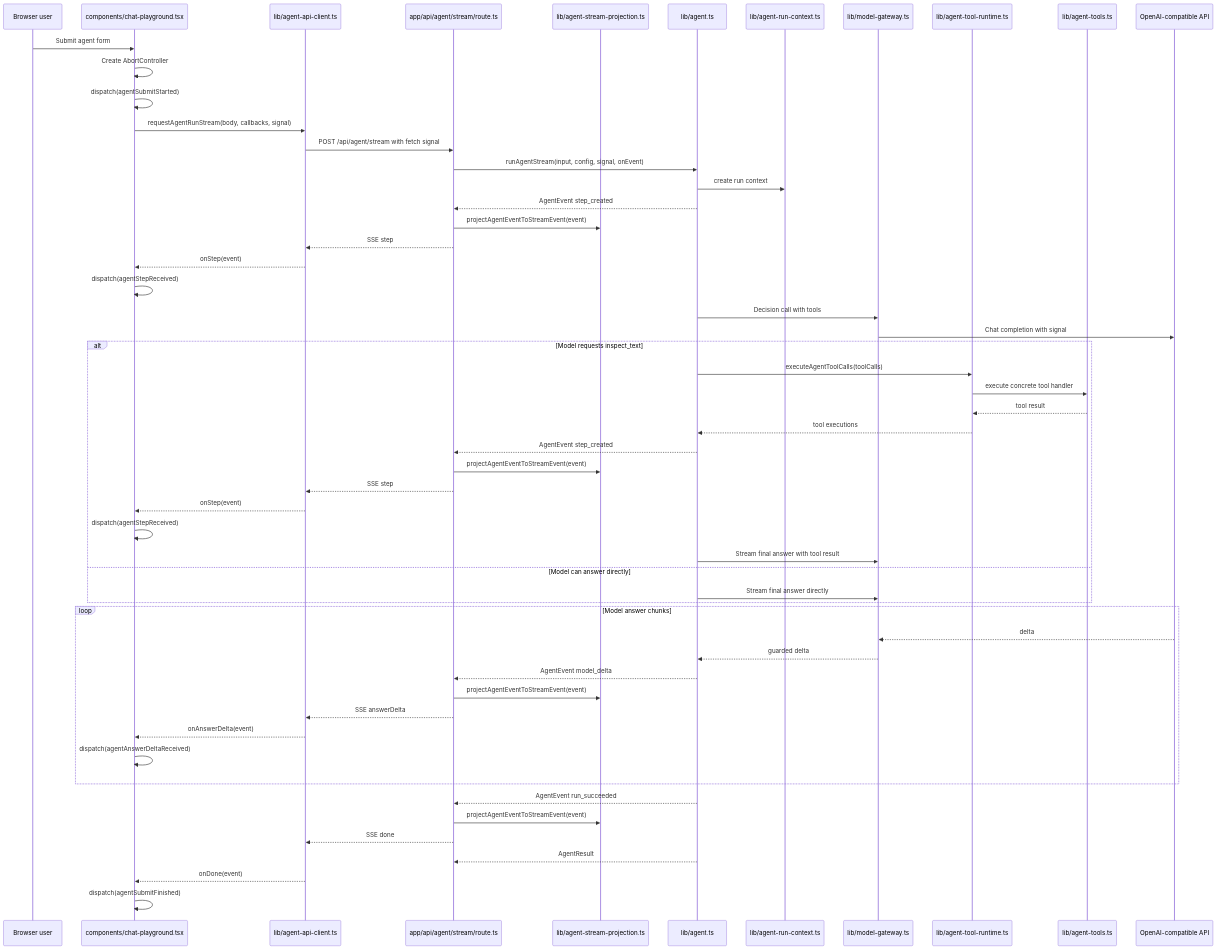
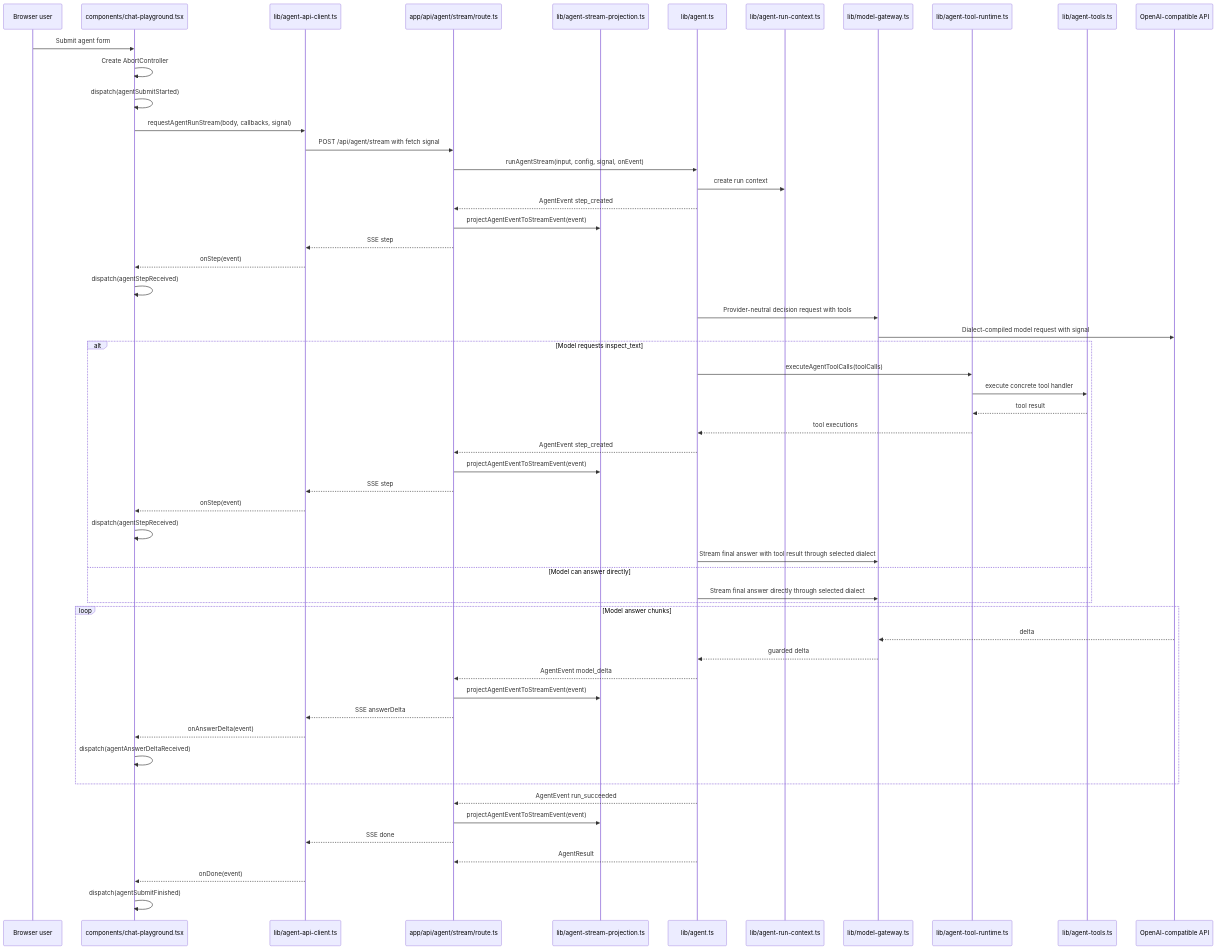
The third of 3 diagrams in docs/architecture.md (Liang-HZ/inspectable-agent-harness), drawn with Mermaid before and after one commit. The commit also changed other lines of this file and 17 other files, not shown here.

Commit message:
Add provider dialect architecture

````diff
--- a/docs/architecture.md
+++ b/docs/architecture.md
@@ -329,58 +455,58 @@
 ```mermaid
 sequenceDiagram
   participant User as Browser user
   participant UI as components/chat-playground.tsx
   participant Client as lib/agent-api-client.ts
   participant Route as app/api/agent/stream/route.ts
   participant Projection as lib/agent-stream-projection.ts
   participant Agent as lib/agent.ts
   participant Context as lib/agent-run-context.ts
   participant Gateway as lib/model-gateway.ts
   participant ToolRuntime as lib/agent-tool-runtime.ts
   participant Tools as lib/agent-tools.ts
   participant Model as OpenAI-compatible API
 
   User->>UI: Submit agent form
   UI->>UI: Create AbortController
   UI->>UI: dispatch(agentSubmitStarted)
   UI->>Client: requestAgentRunStream(body, callbacks, signal)
   Client->>Route: POST /api/agent/stream with fetch signal
   Route->>Agent: runAgentStream(input, config, signal, onEvent)
   Agent->>Context: create run context
   Agent-->>Route: AgentEvent step_created
   Route->>Projection: projectAgentEventToStreamEvent(event)
   Route-->>Client: SSE step
   Client-->>UI: onStep(event)
   UI->>UI: dispatch(agentStepReceived)
-  Agent->>Gateway: Decision call with tools
-  Gateway->>Model: Chat completion with signal
+  Agent->>Gateway: Provider-neutral decision request with tools
+  Gateway->>Model: Dialect-compiled model request with signal
   alt Model requests inspect_text
     Agent->>ToolRuntime: executeAgentToolCalls(toolCalls)
     ToolRuntime->>Tools: execute concrete tool handler
     Tools-->>ToolRuntime: tool result
     ToolRuntime-->>Agent: tool executions
     Agent-->>Route: AgentEvent step_created
     Route->>Projection: projectAgentEventToStreamEvent(event)
     Route-->>Client: SSE step
     Client-->>UI: onStep(event)
     UI->>UI: dispatch(agentStepReceived)
-    Agent->>Gateway: Stream final answer with tool result
+    Agent->>Gateway: Stream final answer with tool result through selected dialect
   else Model can answer directly
-    Agent->>Gateway: Stream final answer directly
+    Agent->>Gateway: Stream final answer directly through selected dialect
   end
   loop Model answer chunks
     Model-->>Gateway: delta
     Gateway-->>Agent: guarded delta
     Agent-->>Route: AgentEvent model_delta
     Route->>Projection: projectAgentEventToStreamEvent(event)
     Route-->>Client: SSE answerDelta
     Client-->>UI: onAnswerDelta(event)
     UI->>UI: dispatch(agentAnswerDeltaReceived)
   end
   Agent-->>Route: AgentEvent run_succeeded
   Route->>Projection: projectAgentEventToStreamEvent(event)
   Route-->>Client: SSE done
   Agent-->>Route: AgentResult
   Client-->>UI: onDone(event)
   UI->>UI: dispatch(agentSubmitFinished)
 ```
````
